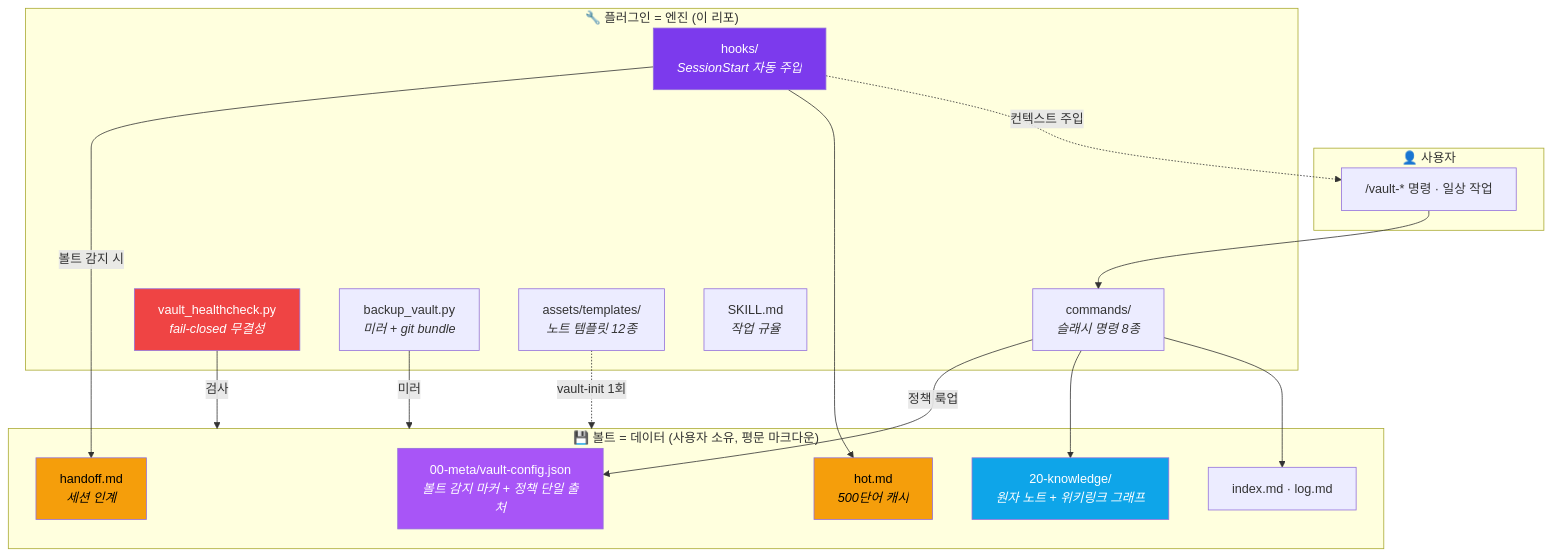
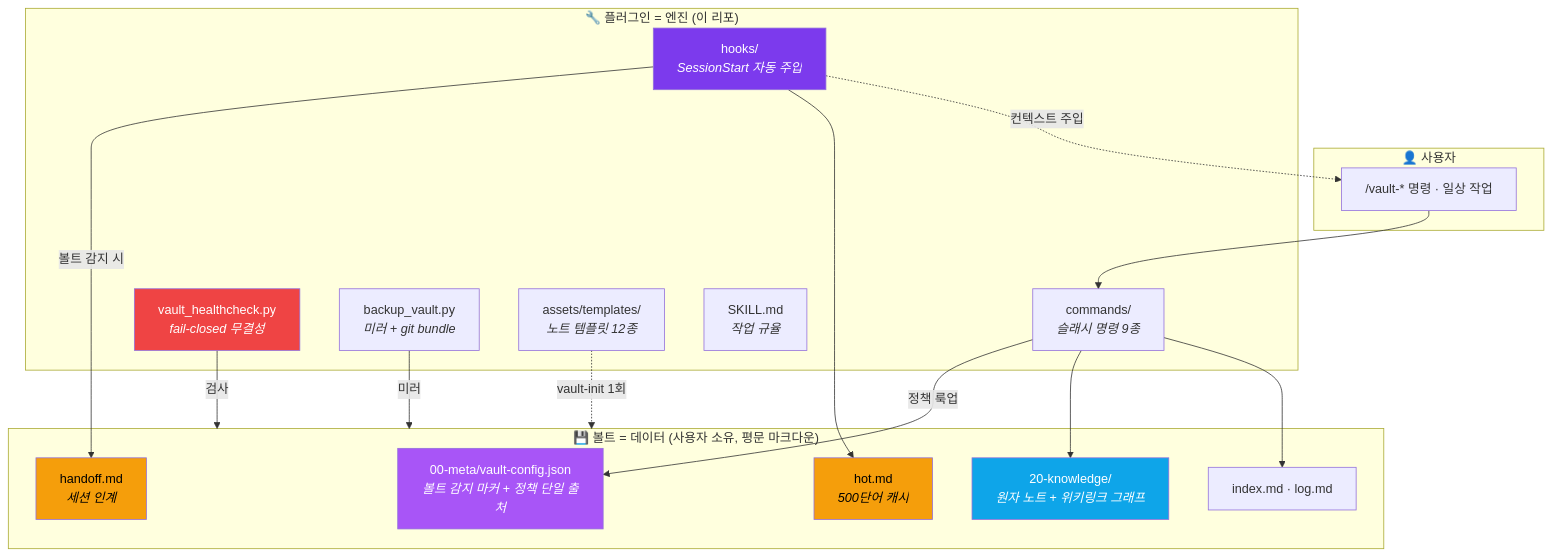
The second of 5 diagrams in README.md (Technoetic/agentic-vault), drawn with Mermaid before and after one commit. The commit also changed other lines of this file, not shown here.

Commit message:
docs: 잔여 명령 수 표기 8→9 정정 (아키텍처 다이어그램·트리)

````diff
--- a/README.md
+++ b/README.md
@@ -95,41 +95,41 @@
 ```mermaid
 flowchart TB
     subgraph user["👤 사용자"]
         U["/vault-* 명령 · 일상 작업"]
     end
 
     subgraph plugin["🔧 플러그인 = 엔진 (이 리포)"]
-        CMD["commands/<br/><i>슬래시 명령 8종</i>"]
+        CMD["commands/<br/><i>슬래시 명령 9종</i>"]
         HOOK["hooks/<br/><i>SessionStart 자동 주입</i>"]
         HC["vault_healthcheck.py<br/><i>fail-closed 무결성</i>"]
         BK["backup_vault.py<br/><i>미러 + git bundle</i>"]
         TPL["assets/templates/<br/><i>노트 템플릿 12종</i>"]
         SK["SKILL.md<br/><i>작업 규율</i>"]
     end
 
     subgraph vault["💾 볼트 = 데이터 (사용자 소유, 평문 마크다운)"]
         CFG["00-meta/vault-config.json<br/><i>볼트 감지 마커 + 정책 단일 출처</i>"]
         HOT["hot.md<br/><i>500단어 캐시</i>"]
         HND["handoff.md<br/><i>세션 인계</i>"]
         IDX["index.md · log.md"]
         KNW["20-knowledge/<br/><i>원자 노트 + 위키링크 그래프</i>"]
     end
 
     U --> CMD
     TPL -.vault-init 1회.-> vault
     CMD -->|정책 룩업| CFG
     CMD --> KNW
     CMD --> IDX
     HOOK -->|볼트 감지 시| HND
     HOOK --> HOT
     HOOK -.컨텍스트 주입.-> U
     HC -->|검사| vault
     BK -->|미러| vault
 
     style CFG fill:#A855F7,color:#fff
     style HOOK fill:#7C3AED,color:#fff
     style HC fill:#EF4444,color:#fff
     style HOT fill:#F59E0B,color:#000
     style HND fill:#F59E0B,color:#000
     style KNW fill:#0EA5E9,color:#fff
 ```
````
